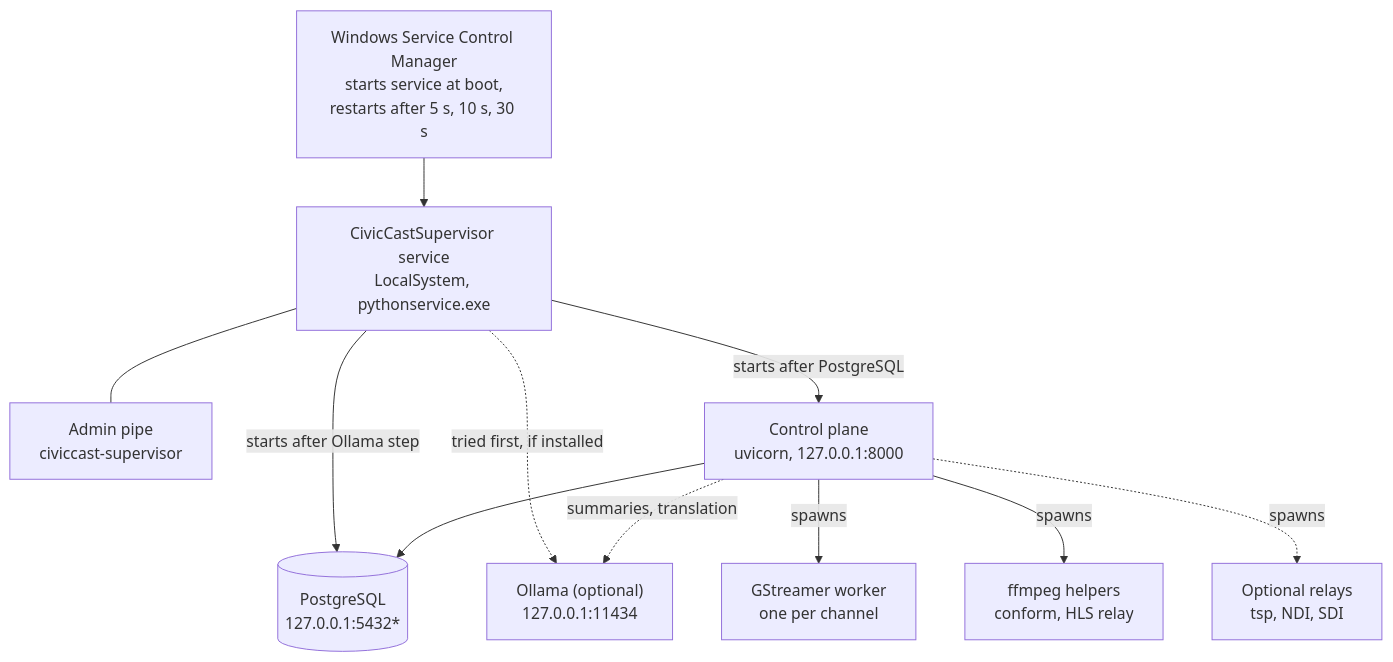
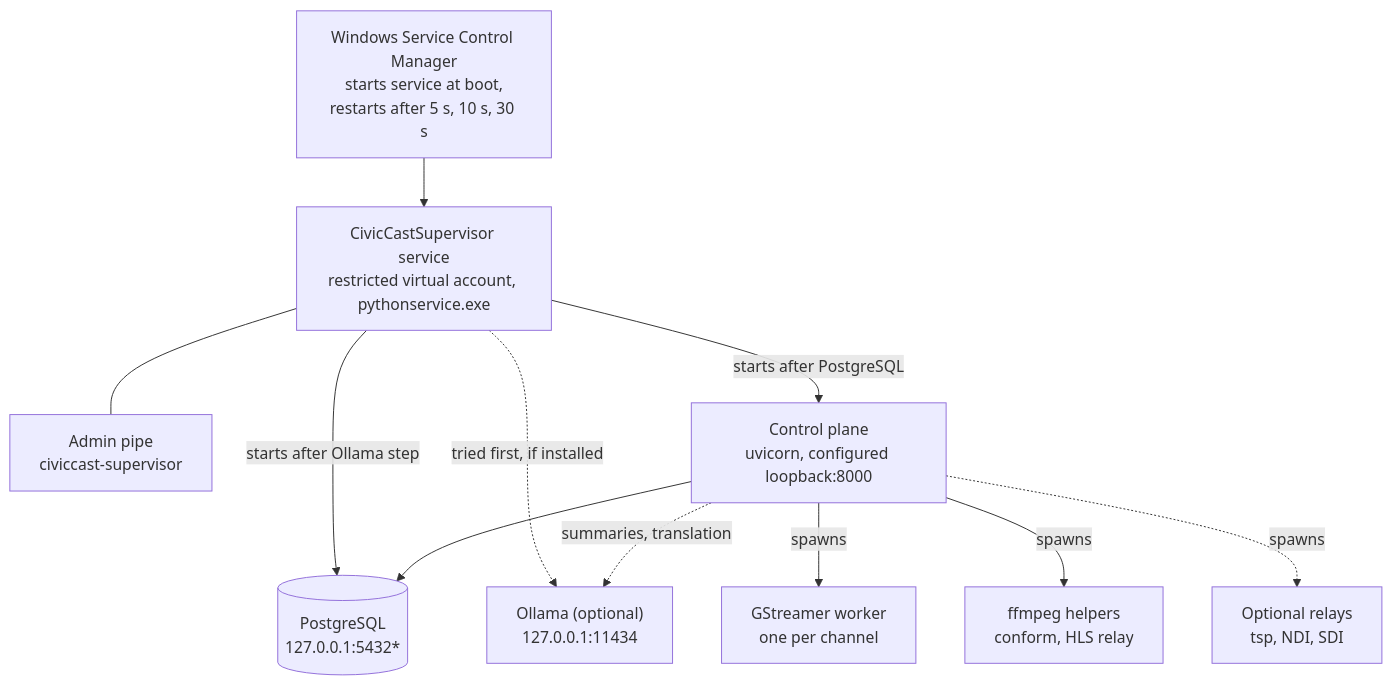
The second of 16 diagrams in docs/manual/src/30-architecture.md (scottconverse/civiccast-native), drawn with Mermaid before and after one commit. The commit also changed other lines of this file and 165 other files, not shown here.

Commit message:
feat: complete station backup access and service account workflows

````diff
--- a/docs/manual/src/30-architecture.md
+++ b/docs/manual/src/30-architecture.md
@@ -57,23 +57,23 @@
 ```mermaid
 flowchart TB
     SCM["Windows Service Control Manager<br/>starts service at boot,<br/>restarts after 5 s, 10 s, 30 s"]
-    SUP["CivicCastSupervisor service<br/>LocalSystem, pythonservice.exe"]
+    SUP["CivicCastSupervisor service<br/>restricted virtual account, pythonservice.exe"]
     PIPE["Admin pipe<br/>civiccast-supervisor"]
     PG[("PostgreSQL<br/>127.0.0.1:5432*")]
-    CP["Control plane<br/>uvicorn, 127.0.0.1:8000"]
+    CP["Control plane<br/>uvicorn, configured loopback:8000"]
     OL["Ollama (optional)<br/>127.0.0.1:11434"]
     W["GStreamer worker<br/>one per channel"]
     FF["ffmpeg helpers<br/>conform, HLS relay"]
     REL["Optional relays<br/>tsp, NDI, SDI"]
 
     SCM --> SUP
     SUP --- PIPE
     SUP -->|starts after Ollama step| PG
     SUP -->|starts after PostgreSQL| CP
     SUP -.->|tried first, if installed| OL
     CP --> PG
     CP -.->|summaries, translation| OL
     CP -->|spawns| W
     CP -->|spawns| FF
     CP -.->|spawns| REL
 ```
````
